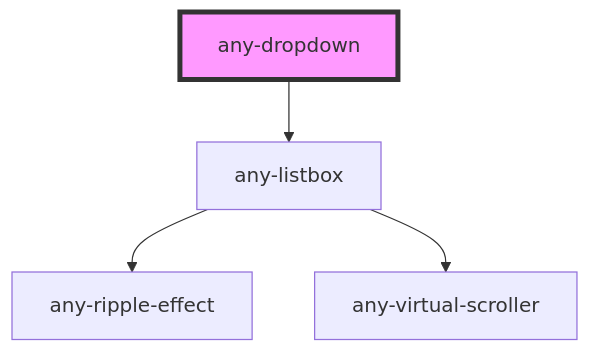
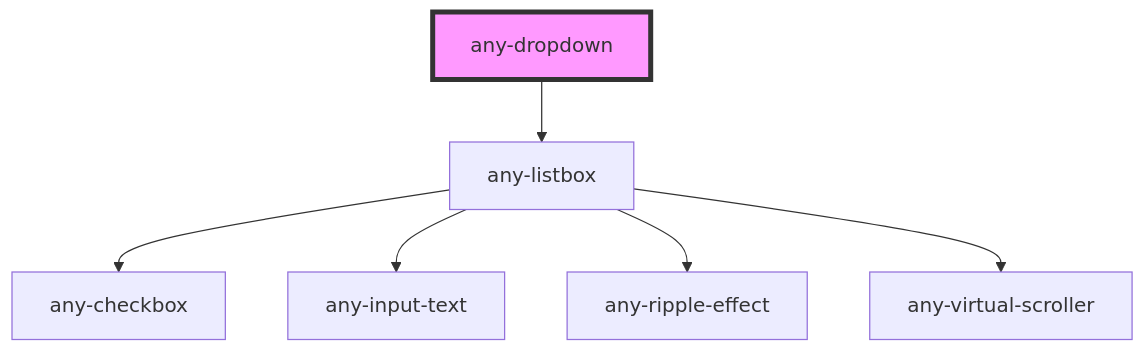
The diagram in packages/core/src/components/dropdown/readme.md (adaleks/anywhere-ui), drawn with Mermaid before and after one commit. The commit also changed 13 other files, not shown here.

````diff
--- a/packages/core/src/components/dropdown/readme.md
+++ b/packages/core/src/components/dropdown/readme.md
@@ -62,7 +62,9 @@
 ```mermaid
 graph TD;
   any-dropdown --> any-listbox
+  any-listbox --> any-checkbox
+  any-listbox --> any-input-text
   any-listbox --> any-ripple-effect
   any-listbox --> any-virtual-scroller
   style any-dropdown fill:#f9f,stroke:#333,stroke-width:4px
 ```
````
